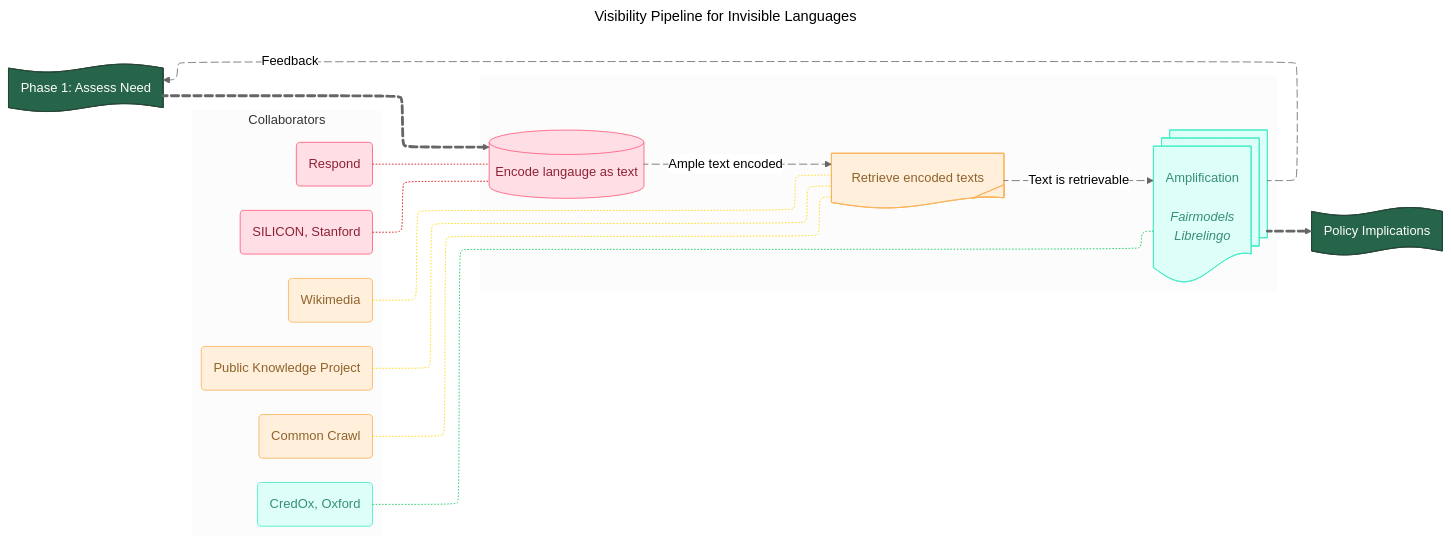
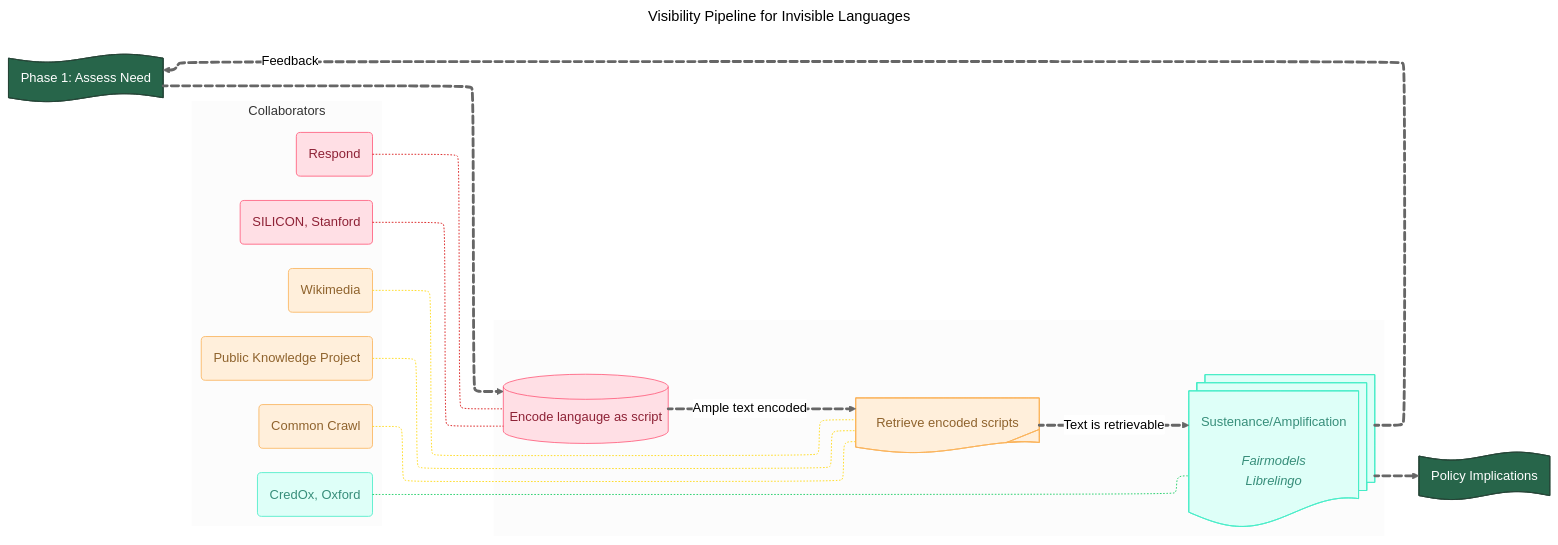
The diagram in README.md (theinvisiblelab/invisible-languages), drawn with Mermaid (neutral theme) before and after one commit. The commit also changed other lines of this file, not shown here.

Commit message:
update pipeline steps

````diff
--- a/README.md
+++ b/README.md
@@ -10,68 +10,69 @@
 ```mermaid
 ---
 config:
   layout: elk
 title: Visibility Pipeline for Invisible Languages
 ---
 flowchart LR
  subgraph collabs["Collaborators"]
         C1("SILICON, Stanford")
         C2("CredOx, Oxford")
         C3("Wikimedia")
         C4("Respond")
         C5("Public Knowledge Project")
         C6("Common Crawl")
   end
  subgraph pipeline[" "]
-        B["Encode langauge as text<br>"]
-        C["Retrieve encoded texts<br>"]
-        D["Amplification<br><br><i>Fairmodels<br>Librelingo</i>"]
+        B["Encode langauge as script<br>"]
+        C["Retrieve encoded scripts<br>"]
+        D["Sustenance/Amplification<br><br><i>Fairmodels<br>Librelingo</i>"]
   end
     A["Phase 1: Assess Need"] L_A_B_0@==> B
-    B L_B_C_0@-- Ample text encoded --> C
-    C L_C_D_0@-- Text is retrievable --> D
-    D L_D_A_0@-- Feedback --> A
+    B L_B_C_0@== Ample text encoded ==> C
+    C L_C_D_0@== Text is retrievable ==> D
+    D L_D_A_0@== Feedback ==> A
     D L_D_Policy_0@==> Policy["Policy Implications"]
     C1 -..- B
     C4 -..- B
     C3 -..- C
     C6 -..- C
     C5 -..- C
     C2 -..- D
 
     B@{ shape: db}
     C@{ shape: tag-doc}
     D@{ shape: docs}
     A@{ shape: paper-tape}
     Policy@{ shape: paper-tape}
      C1:::Rose
      C2:::Aqua
      C3:::Peach
      C4:::Rose
      C5:::Peach
      C6:::Peach
      B:::Rose
      C:::Peach
      D:::Aqua
      A:::Pine
      Policy:::Pine
     classDef Sky stroke-width:1px, stroke-dasharray:none, stroke:#374D7C, fill:#E2EBFF, color:#374D7C
     classDef Aqua stroke-width:1px, stroke-dasharray:none, stroke:#46EDC8, fill:#DEFFF8, color:#378E7A
     classDef Rose stroke-width:1px, stroke-dasharray:none, stroke:#FF5978, fill:#FFDFE5, color:#8E2236
     classDef Peach stroke-width:1px, stroke-dasharray:none, stroke:#FBB35A, fill:#FFEFDB, color:#8F632D
     classDef Pine stroke-width:1px, stroke-dasharray:none, stroke:#254336, fill:#27654A, color:#FFFFFF
     style collabs stroke:none
     style pipeline stroke:none
     linkStyle 5 stroke:#D50000,fill:none
     linkStyle 6 stroke:#D50000,fill:none
     linkStyle 7 stroke:#FFD600,fill:none
     linkStyle 8 stroke:#FFD600,fill:none
     linkStyle 9 stroke:#FFD600,fill:none
     linkStyle 10 stroke:#00C853,fill:none
 
     L_A_B_0@{ animation: slow } 
     L_B_C_0@{ animation: slow } 
     L_C_D_0@{ animation: slow } 
     L_D_A_0@{ animation: slow } 
     L_D_Policy_0@{ animation: slow }
+
 ```
````
